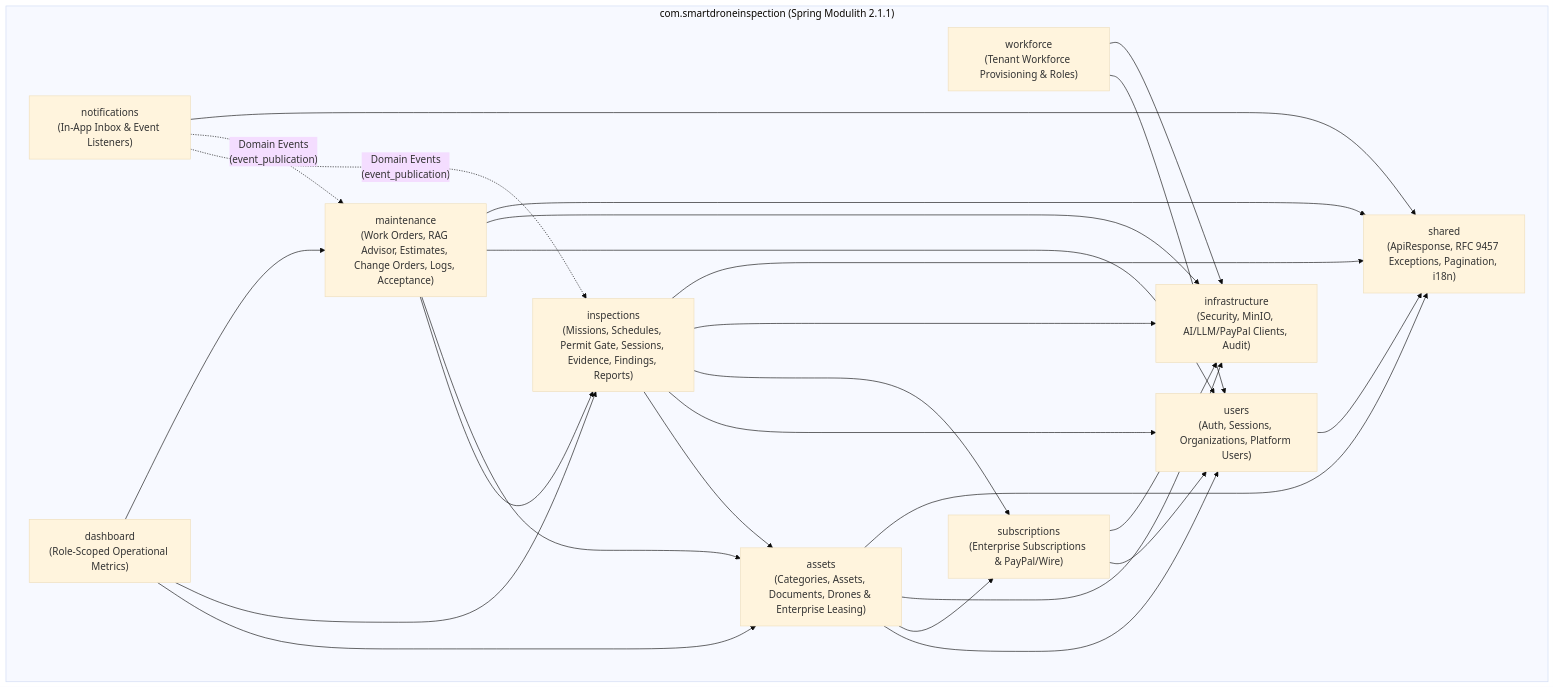
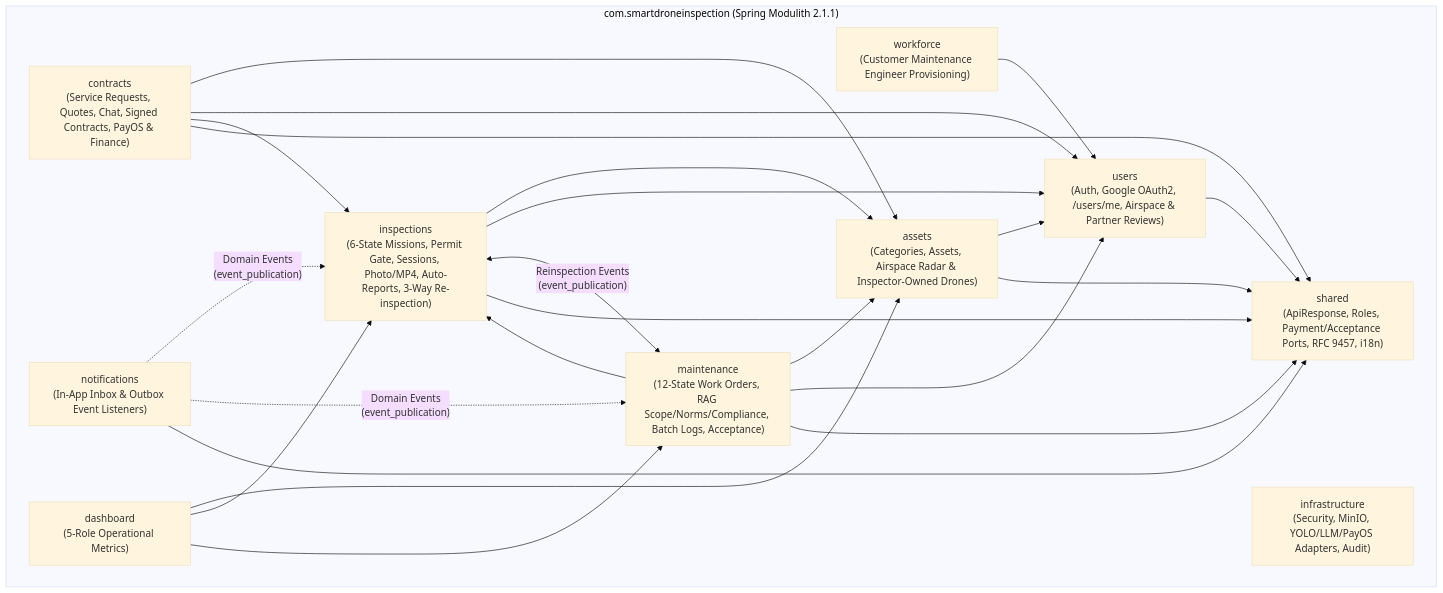
Before and after one commit to tungbach12/SmartDroneInspection-Docs: the second of 2 diagrams in reports/report-4-software-design-document/01-system-design.md, drawn with Mermaid (base theme). The commit also changed other lines of this file and 245 other files, not shown here.

First line of the commit message:
docs(reports): synchronize all reports, diagrams, and test sheets to 5-role 8-feature baseline

````diff
--- a/reports/report-4-software-design-document/01-system-design.md
+++ b/reports/report-4-software-design-document/01-system-design.md
@@ -89,42 +91,39 @@
 ```mermaid
 %% title: Backend Subsystem Package Diagram
 flowchart TD
-  subgraph com.smartdroneinspection["com.smartdroneinspection (Spring Modulith 2.1.1)"]
-    USERS["users\n(Auth, Sessions, Organizations, Platform Users)"]
-    WORKFORCE["workforce\n(Tenant Workforce Provisioning & Roles)"]
-    SUBSCRIPTIONS["subscriptions\n(Enterprise Subscriptions & PayPal/Wire)"]
-    ASSETS["assets\n(Categories, Assets, Documents, Drones & Enterprise Leasing)"]
-    INSPECTIONS["inspections\n(Missions, Schedules, Permit Gate, Sessions, Evidence, Findings, Reports)"]
-    MAINTENANCE["maintenance\n(Work Orders, RAG Advisor, Estimates, Change Orders, Logs, Acceptance)"]
-    NOTIFICATIONS["notifications\n(In-App Inbox & Event Listeners)"]
-    DASHBOARD["dashboard\n(Role-Scoped Operational Metrics)"]
-    INFRASTRUCTURE["infrastructure\n(Security, MinIO, AI/LLM/PayPal Clients, Audit)"]
-    SHARED["shared\n(ApiResponse, RFC 9457 Exceptions, Pagination, i18n)"]
+  subgraph RootPkg["com.smartdroneinspection (Spring Modulith 2.1.1)"]
+    USERS["users\n(Auth, Google OAuth2, /users/me, Airspace & Partner Reviews)"]
+    WORKFORCE["workforce\n(Customer Maintenance Engineer Provisioning)"]
+    CONTRACTS["contracts\n(Service Requests, Quotes, Chat, Signed Contracts, PayOS & Finance)"]
+    ASSETS["assets\n(Categories, Assets, Airspace Radar & Inspector-Owned Drones)"]
+    INSPECTIONS["inspections\n(6-State Missions, Permit Gate, Sessions, Photo/MP4, Auto-Reports, 3-Way Re-inspection)"]
+    MAINTENANCE["maintenance\n(12-State Work Orders, RAG Scope/Norms/Compliance, Batch Logs, Acceptance)"]
+    NOTIFICATIONS["notifications\n(In-App Inbox & Outbox Event Listeners)"]
+    DASHBOARD["dashboard\n(5-Role Operational Metrics)"]
+    INFRASTRUCTURE["infrastructure\n(Security, MinIO, YOLO/LLM/PayOS Adapters, Audit)"]
+    SHARED["shared\n(ApiResponse, Roles, Payment/Acceptance Ports, RFC 9457, i18n)"]
   end
 
   WORKFORCE --> USERS
-  WORKFORCE --> INFRASTRUCTURE
-  SUBSCRIPTIONS --> USERS
-  SUBSCRIPTIONS --> INFRASTRUCTURE
+  CONTRACTS --> ASSETS
+  CONTRACTS --> USERS
+  CONTRACTS --> INSPECTIONS
   ASSETS --> USERS
-  ASSETS --> SUBSCRIPTIONS
-  ASSETS --> INFRASTRUCTURE
   INSPECTIONS --> ASSETS
   INSPECTIONS --> USERS
-  INSPECTIONS --> SUBSCRIPTIONS
-  INSPECTIONS --> INFRASTRUCTURE
   MAINTENANCE --> INSPECTIONS
   MAINTENANCE --> ASSETS
   MAINTENANCE --> USERS
-  MAINTENANCE --> INFRASTRUCTURE
   NOTIFICATIONS -.->|"Domain Events\n(event_publication)"| INSPECTIONS
   NOTIFICATIONS -.->|"Domain Events\n(event_publication)"| MAINTENANCE
+  INSPECTIONS <-->|"Reinspection Events\n(event_publication)"| MAINTENANCE
   DASHBOARD --> ASSETS
   DASHBOARD --> INSPECTIONS
   DASHBOARD --> MAINTENANCE
   USERS --> SHARED
+  CONTRACTS --> SHARED
   ASSETS --> SHARED
   INSPECTIONS --> SHARED
   MAINTENANCE --> SHARED
   NOTIFICATIONS --> SHARED
 ```
````
